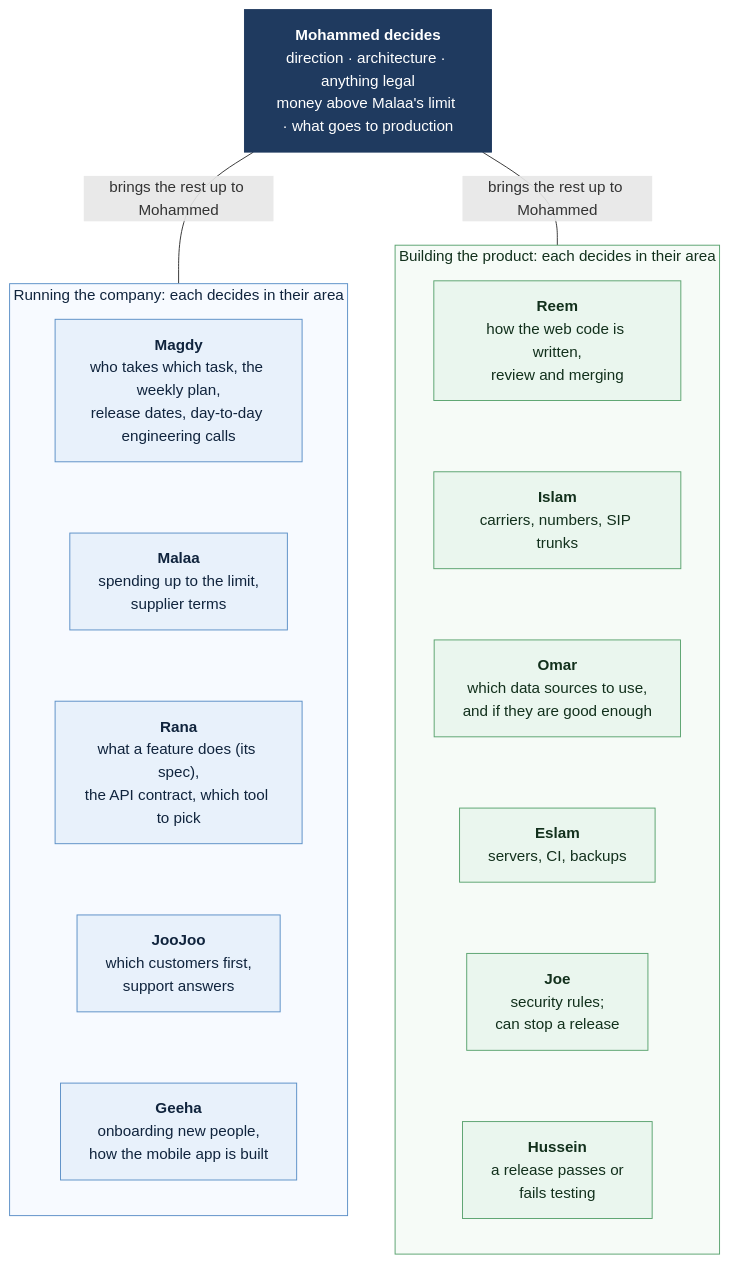
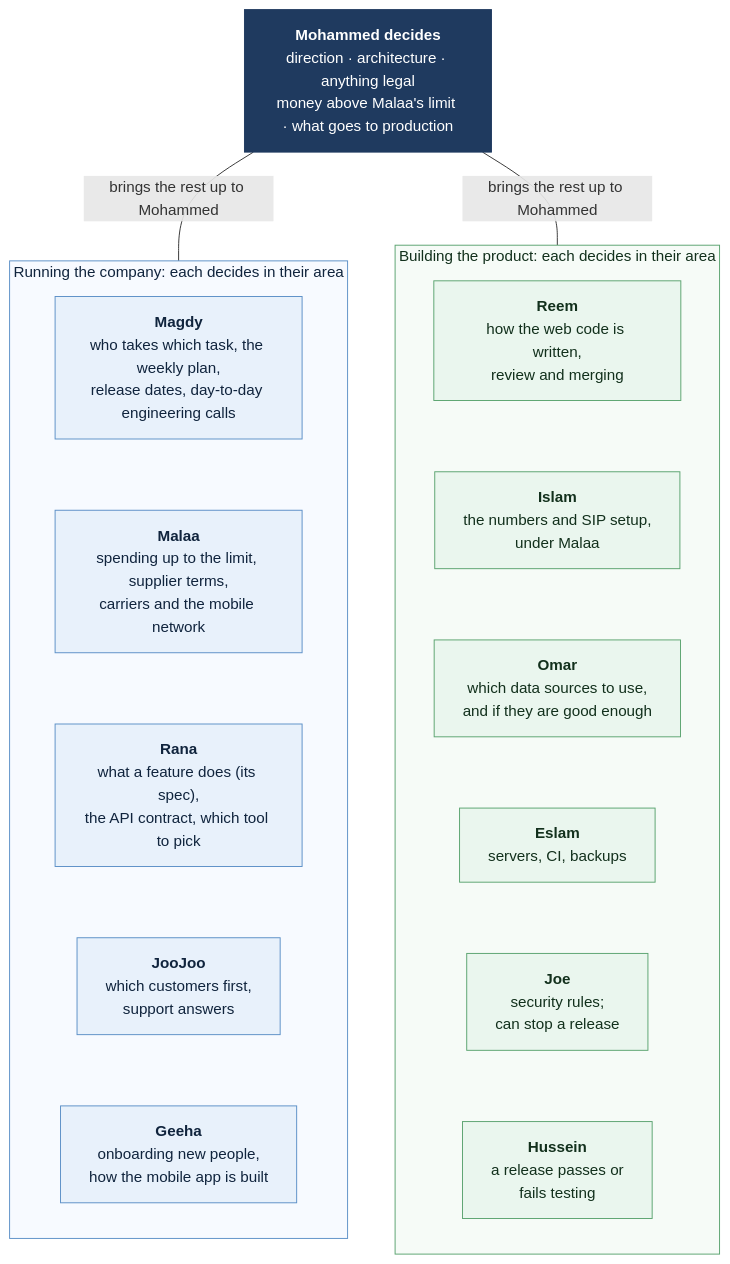
One commit to Mohammed-HeshamMohammed/Turf changed the second of 5 diagrams in docs/team/README.md. Above: the diagram before and after it, drawn with Mermaid. The commit also changed other lines of this file and 1 other file, not shown here.

Commit message:
Team: Malaa also heads the mobile network

````diff
--- a/docs/team/README.md
+++ b/docs/team/README.md
@@ -74,37 +75,37 @@
 ```mermaid
 flowchart TB
     M["<b>Mohammed decides</b><br/>direction · architecture · anything legal<br/>money above Malaa's limit · what goes to production"]
 
     subgraph CO["Running the company: each decides in their area"]
         direction TB
         D1["<b>Magdy</b><br/>who takes which task, the weekly plan,<br/>release dates, day-to-day engineering calls"]
-        D2["<b>Malaa</b><br/>spending up to the limit,<br/>supplier terms"]
+        D2["<b>Malaa</b><br/>spending up to the limit, supplier terms,<br/>carriers and the mobile network"]
         D3["<b>Rana</b><br/>what a feature does (its spec),<br/>the API contract, which tool to pick"]
         D4["<b>JooJoo</b><br/>which customers first,<br/>support answers"]
         D5["<b>Geeha</b><br/>onboarding new people,<br/>how the mobile app is built"]
     end
 
     subgraph PR["Building the product: each decides in their area"]
         direction TB
         D6["<b>Reem</b><br/>how the web code is written,<br/>review and merging"]
-        D7["<b>Islam</b><br/>carriers, numbers, SIP trunks"]
+        D7["<b>Islam</b><br/>the numbers and SIP setup,<br/>under Malaa"]
         D8["<b>Omar</b><br/>which data sources to use,<br/>and if they are good enough"]
         D9["<b>Eslam</b><br/>servers, CI, backups"]
         D10["<b>Joe</b><br/>security rules;<br/>can stop a release"]
         D11["<b>Hussein</b><br/>a release passes or<br/>fails testing"]
     end
 
     D1 ~~~ D2 ~~~ D3 ~~~ D4 ~~~ D5
     D6 ~~~ D7 ~~~ D8 ~~~ D9 ~~~ D10 ~~~ D11
     M -- "brings the rest up to Mohammed" --- CO
     M -- "brings the rest up to Mohammed" --- PR
 
     classDef top fill:#1f3a5f,stroke:#1f3a5f,color:#ffffff
     classDef ceo fill:#e8f1fb,stroke:#5b8fc7,color:#10243d
     classDef cto fill:#eaf6ee,stroke:#5aa36f,color:#12301c
     class M top
     class D1,D2,D3,D4,D5 ceo
     class D6,D7,D8,D9,D10,D11 cto
     style CO fill:#f7faff,stroke:#5b8fc7,color:#10243d
     style PR fill:#f6fbf7,stroke:#5aa36f,color:#12301c
 ```
````
